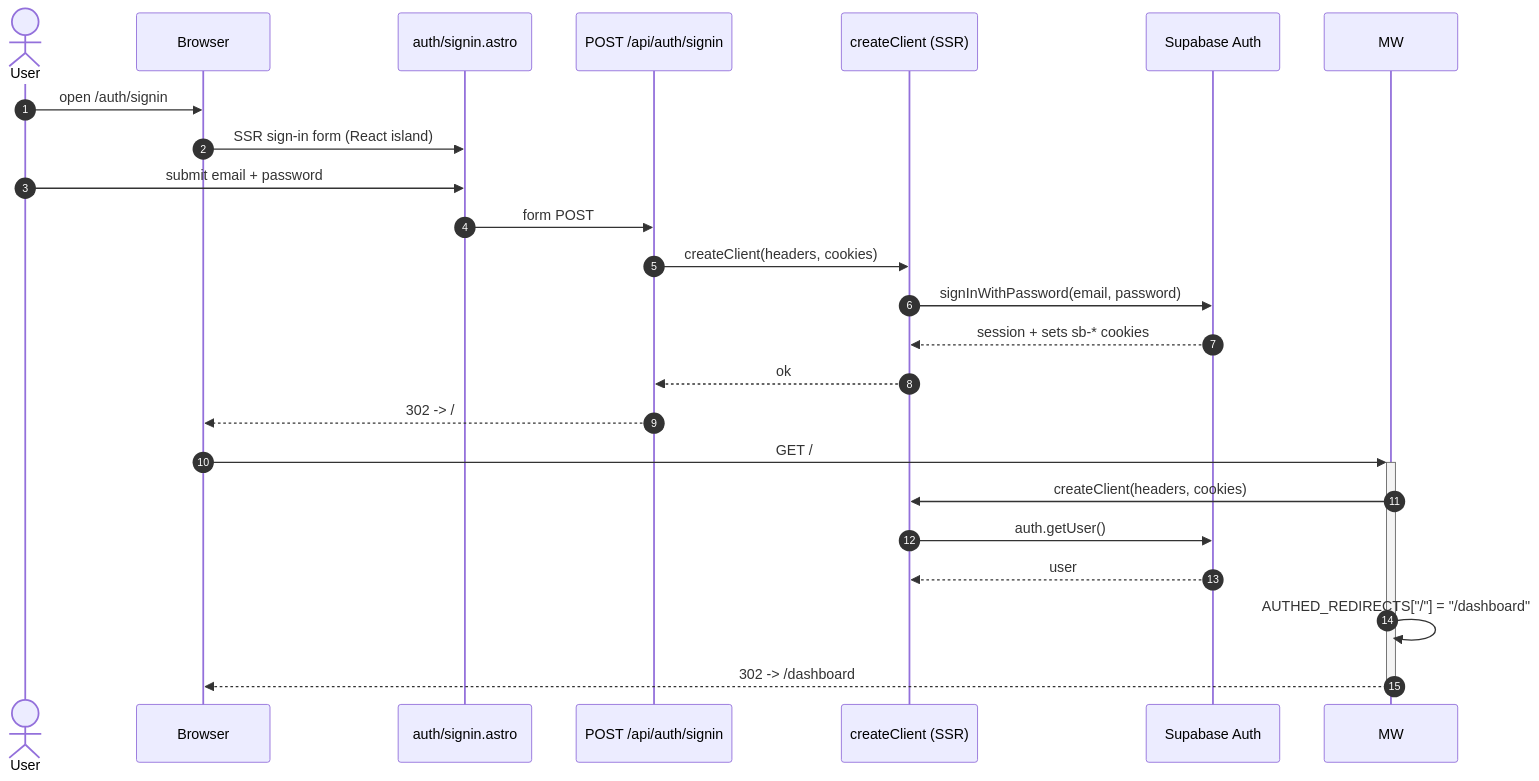
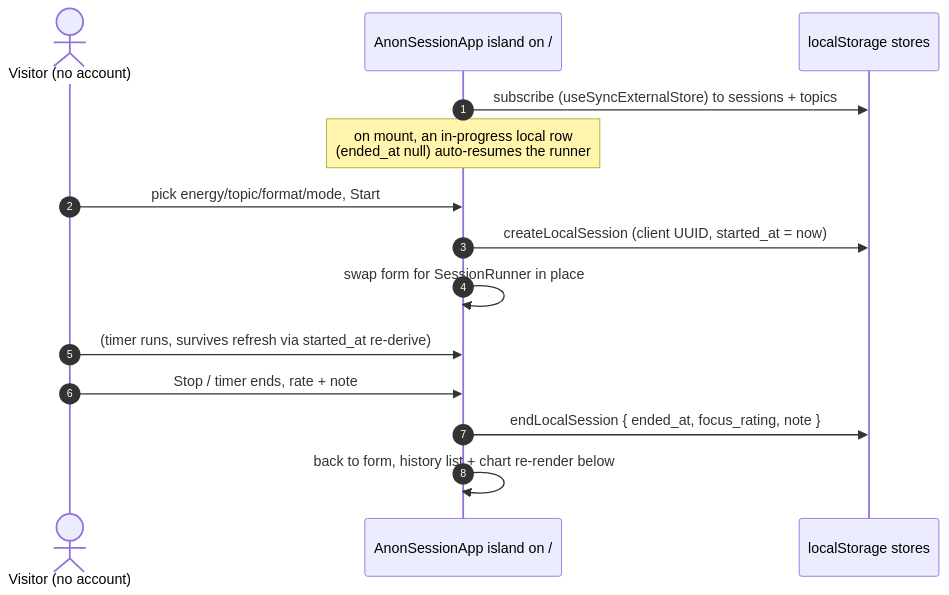
One commit to plpabla/pomosapiens changed the seventh of 9 diagrams in context/foundation/arch.md. Above: the diagram before and after it, drawn with Mermaid. The commit also changed other lines of this file, not shown here.

````diff
--- a/context/foundation/arch.md
+++ b/context/foundation/arch.md
@@ -401,27 +416,17 @@
 ```mermaid
 sequenceDiagram
     autonumber
-    actor U as User
-    participant B as Browser
-    participant FORM as auth/signin.astro
-    participant API as POST /api/auth/signin
-    participant SBC as createClient (SSR)
-    participant SBA as Supabase Auth
+    actor V as Visitor (no account)
+    participant APP as AnonSessionApp island on /
+    participant LS as localStorage stores
 
-    U->>B: open /auth/signin
-    B->>FORM: SSR sign-in form (React island)
-    U->>FORM: submit email + password
-    FORM->>API: form POST
-    API->>SBC: createClient(headers, cookies)
-    SBC->>SBA: signInWithPassword(email, password)
-    SBA-->>SBC: session + sets sb-* cookies
-    SBC-->>API: ok
-    API-->>B: 302 -> /
-
-    B->>+MW: GET /
-    MW->>SBC: createClient(headers, cookies)
-    SBC->>SBA: auth.getUser()
-    SBA-->>SBC: user
-    MW->>MW: AUTHED_REDIRECTS["/"] = "/dashboard"
-    MW-->>-B: 302 -> /dashboard
+    APP->>LS: subscribe (useSyncExternalStore) to sessions + topics
+    Note over APP: on mount, an in-progress local row<br/>(ended_at null) auto-resumes the runner
+    V->>APP: pick energy/topic/format/mode, Start
+    APP->>LS: createLocalSession (client UUID, started_at = now)
+    APP->>APP: swap form for SessionRunner in place
+    V->>APP: (timer runs, survives refresh via started_at re-derive)
+    V->>APP: Stop / timer ends, rate + note
+    APP->>LS: endLocalSession { ended_at, focus_rating, note }
+    APP->>APP: back to form, history list + chart re-render below
 ```
````
